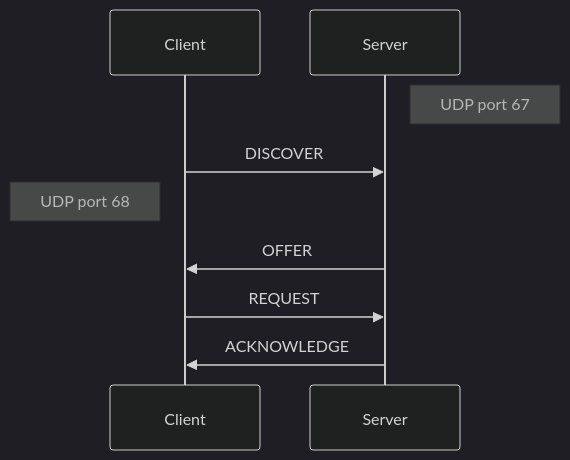
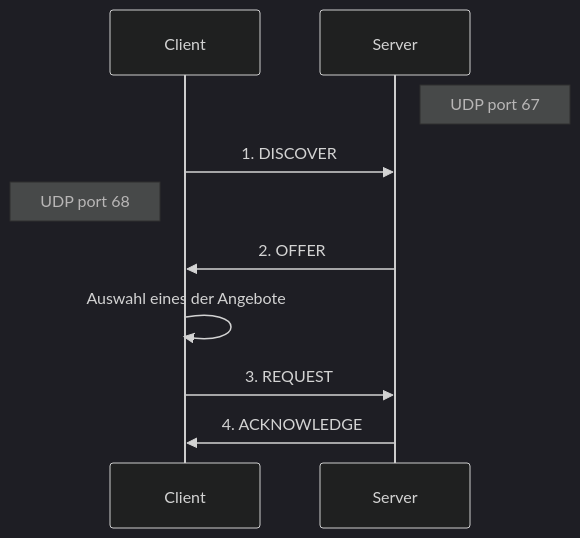
Before and after one commit to johannesloetzsch/LF10b: the first of 2 diagrams in src/dienste/dhcp.md, drawn with Mermaid (dark theme). The commit also changed other lines of this file and 8 other files, not shown here.

````diff
--- a/src/dienste/dhcp.md
+++ b/src/dienste/dhcp.md
@@ -7,11 +30,12 @@
 ```mermaid
 sequenceDiagram
     participant Client
     participant Server
     Note right of Server: UDP port 67
-    Client->>Server: DISCOVER
+    Client->>Server: 1. DISCOVER
     Note left of Client: UDP port 68
-    Server->>Client: OFFER
-    Client->>Server: REQUEST
-    Server->>Client: ACKNOWLEDGE
+    Server->>Client: 2. OFFER
+    Client->>Client: Auswahl eines der Angebote
+    Client->>Server: 3. REQUEST
+    Server->>Client: 4. ACKNOWLEDGE
 ```
````
